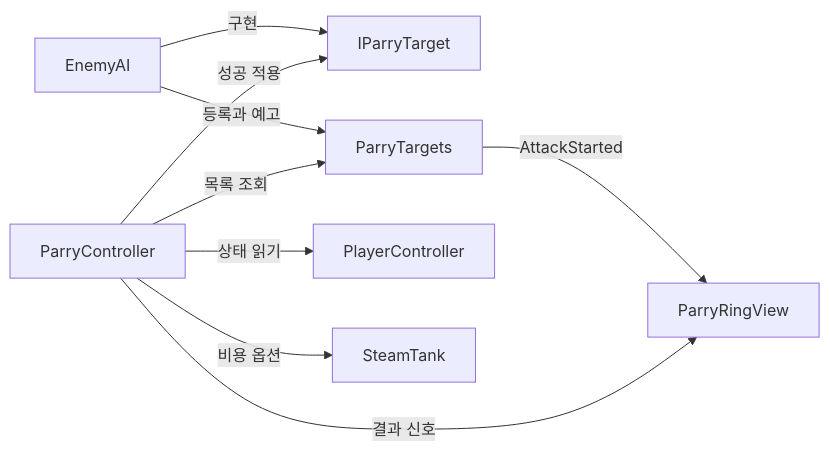
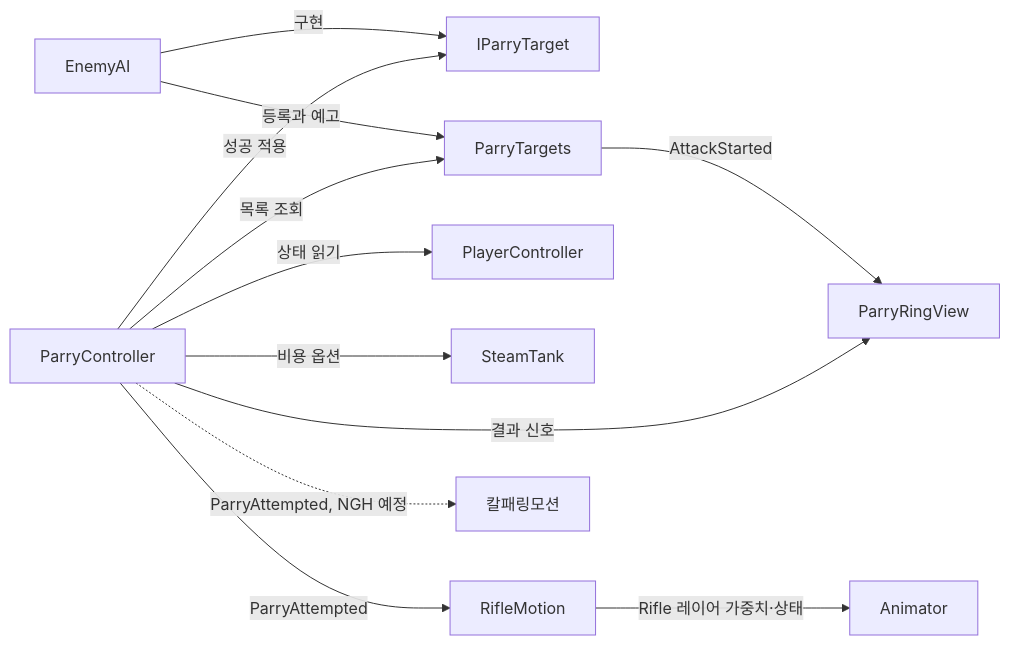
The diagram in SteamAttack/TeamWorkflow/Features/받아치기공통규약.md (Shaun1667/Project-SteamAttack), drawn with Mermaid before and after one commit. The commit also changed other lines of this file, not shown here.

````diff
--- a/SteamAttack/TeamWorkflow/Features/받아치기공통규약.md
+++ b/SteamAttack/TeamWorkflow/Features/받아치기공통규약.md
@@ -91,11 +98,14 @@
 ```mermaid
 flowchart LR
     EnemyAI -->|구현| IParryTarget
     EnemyAI -->|등록과 예고| ParryTargets
     ParryController -->|목록 조회| ParryTargets
     ParryController -->|성공 적용| IParryTarget
     ParryController -->|상태 읽기| PlayerController
     ParryController -->|비용 옵션| SteamTank
     ParryTargets -->|AttackStarted| ParryRingView
     ParryController -->|결과 신호| ParryRingView
+    ParryController -->|ParryAttempted| RifleMotion
+    RifleMotion -->|Rifle 레이어 가중치·상태| Animator
+    ParryController -.->|ParryAttempted, NGH 예정| 칼패링모션
 ```
````
